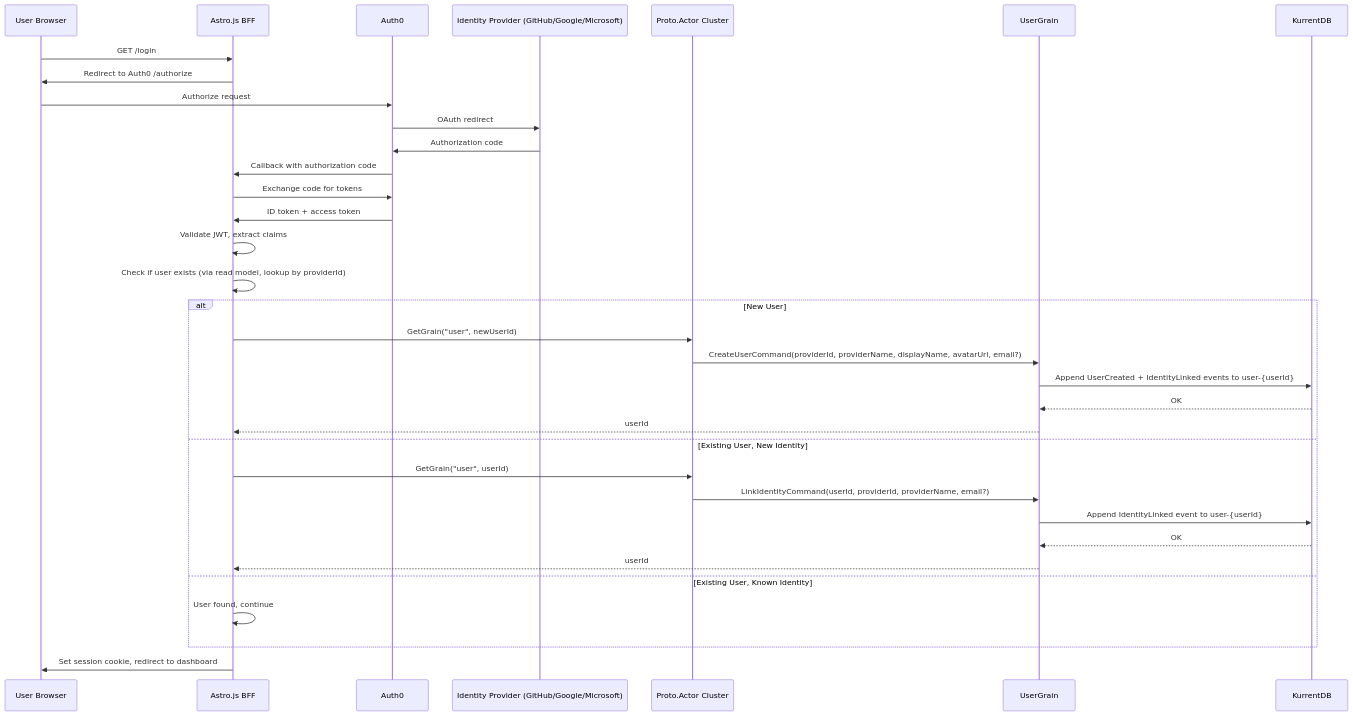
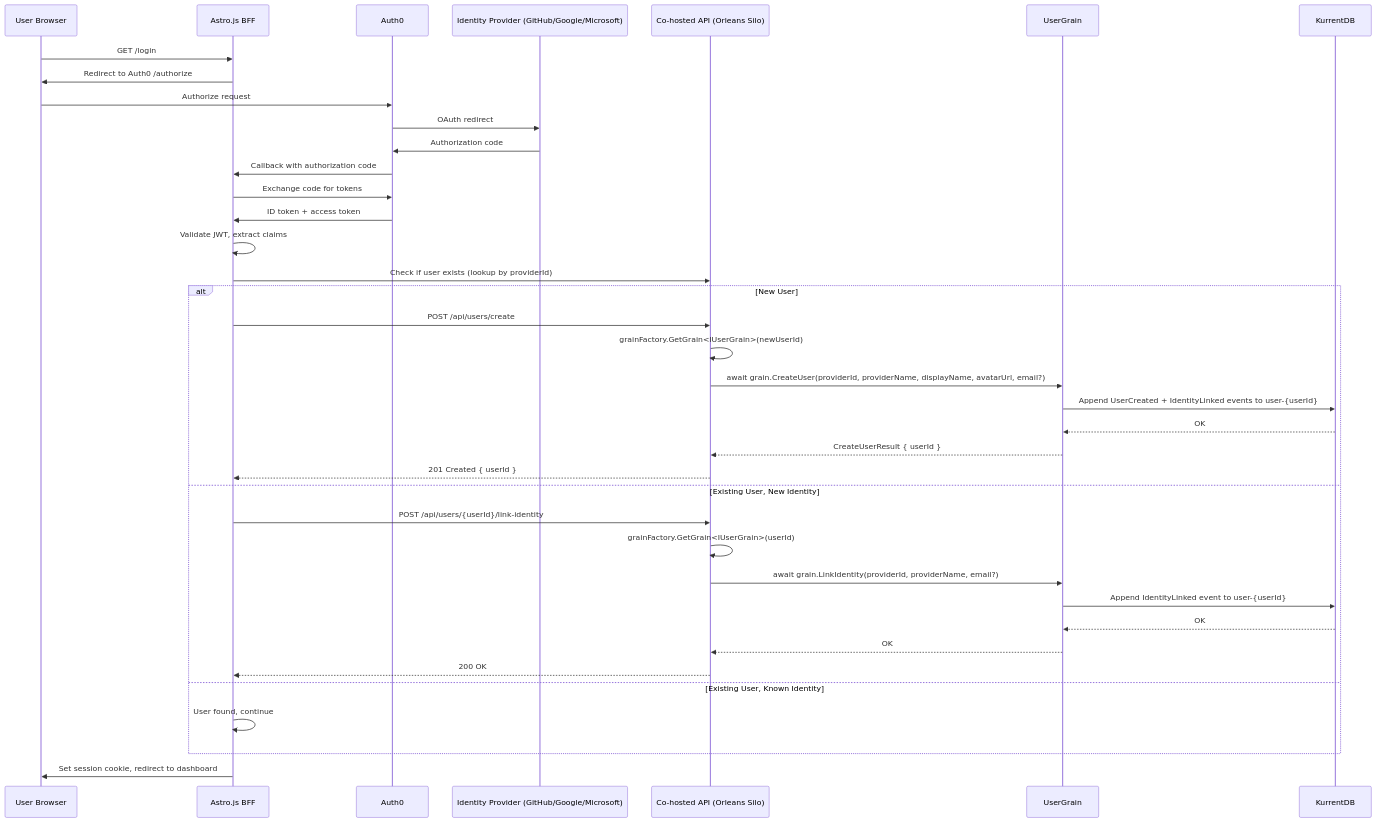
Diagram 15 of 19 in epics/01-epic-first-signin-org/architecture/architecture.md (lekhasy/Vut), drawn with Mermaid before and after one commit. The commit also changed other lines of this file and 32 other files, not shown here.

````diff
--- a/epics/01-epic-first-signin-org/architecture/architecture.md
+++ b/epics/01-epic-first-signin-org/architecture/architecture.md
@@ -1233,37 +1314,41 @@
 ```mermaid
 sequenceDiagram
     participant U as User Browser
     participant FE as Astro.js BFF
     participant A as Auth0
     participant IdP as Identity Provider (GitHub/Google/Microsoft)
-    participant Cluster as Proto.Actor Cluster
+    participant API as Co-hosted API (Orleans Silo)
     participant Grain as UserGrain
     participant K as KurrentDB
 
     U->>FE: GET /login
     FE->>U: Redirect to Auth0 /authorize
     U->>A: Authorize request
     A->>IdP: OAuth redirect
     IdP->>A: Authorization code
     A->>FE: Callback with authorization code
     FE->>A: Exchange code for tokens
     A->>FE: ID token + access token
     FE->>FE: Validate JWT, extract claims
-    FE->>FE: Check if user exists (via read model, lookup by providerId)
+    FE->>API: Check if user exists (lookup by providerId)
     alt New User
-        FE->>Cluster: GetGrain("user", newUserId)
-        Cluster->>Grain: CreateUserCommand(providerId, providerName, displayName, avatarUrl, email?)
+        FE->>API: POST /api/users/create
+        API->>API: grainFactory.GetGrain<IUserGrain>(newUserId)
+        API->>Grain: await grain.CreateUser(providerId, providerName, displayName, avatarUrl, email?)
         Grain->>K: Append UserCreated + IdentityLinked events to user-{userId}
         K-->>Grain: OK
-        Grain-->>FE: userId
+        Grain-->>API: CreateUserResult { userId }
+        API-->>FE: 201 Created { userId }
     else Existing User, New Identity
-        FE->>Cluster: GetGrain("user", userId)
-        Cluster->>Grain: LinkIdentityCommand(userId, providerId, providerName, email?)
+        FE->>API: POST /api/users/{userId}/link-identity
+        API->>API: grainFactory.GetGrain<IUserGrain>(userId)
+        API->>Grain: await grain.LinkIdentity(providerId, providerName, email?)
         Grain->>K: Append IdentityLinked event to user-{userId}
         K-->>Grain: OK
-        Grain-->>FE: userId
+        Grain-->>API: OK
+        API-->>FE: 200 OK
     else Existing User, Known Identity
         FE->>FE: User found, continue
     end
     FE->>U: Set session cookie, redirect to dashboard
 ```
````
